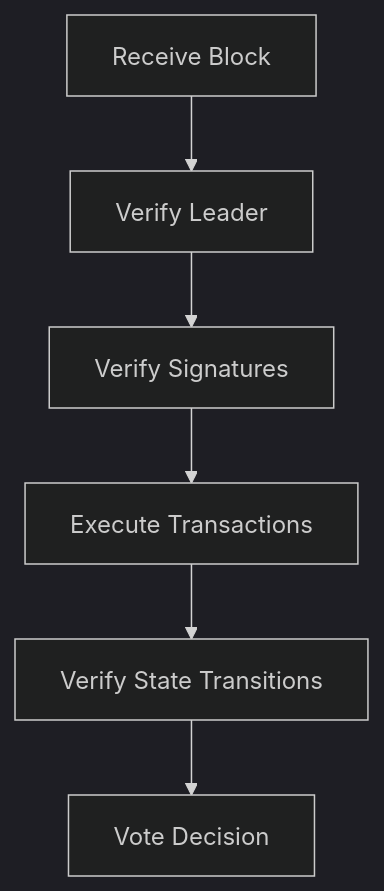
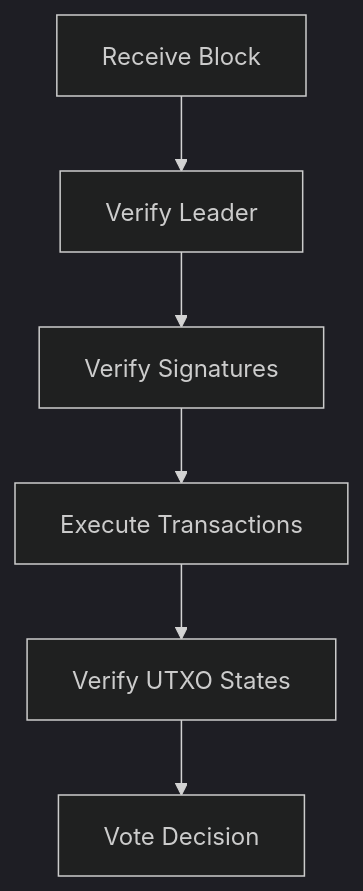
Before and after one commit to Arch-Network/book: the fourth of 12 diagrams in src/concepts/consensus.md, drawn with Mermaid (dark theme). The commit also changed other lines of this file, not shown here.

````diff
--- a/src/concepts/consensus.md
+++ b/src/concepts/consensus.md
@@ -72,8 +121,8 @@
 ```mermaid
 graph TD
     A[Receive Block] --> B[Verify Leader]
     B --> C[Verify Signatures]
     C --> D[Execute Transactions]
-    D --> E[Verify State Transitions]
+    D --> E[Verify UTXO States]
     E --> F[Vote Decision]
 ```
````
